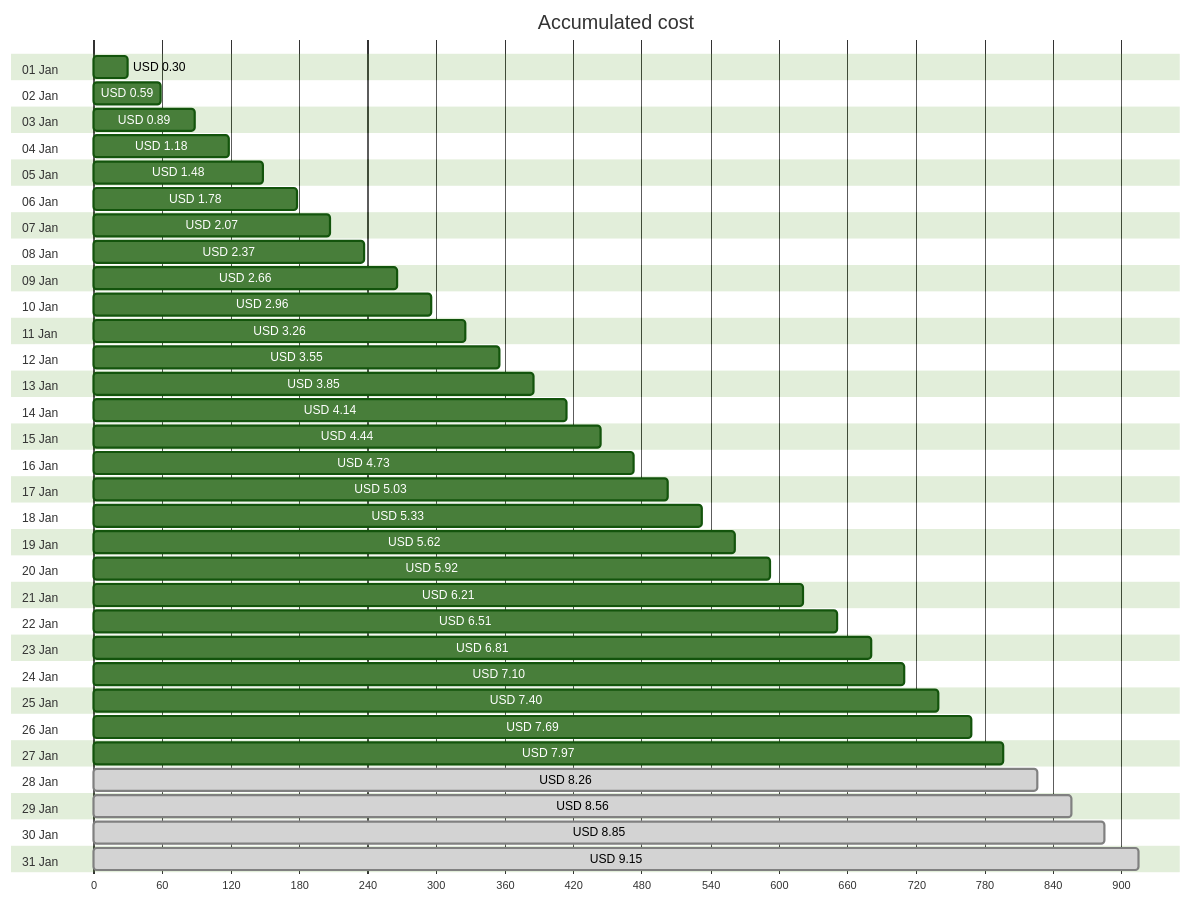
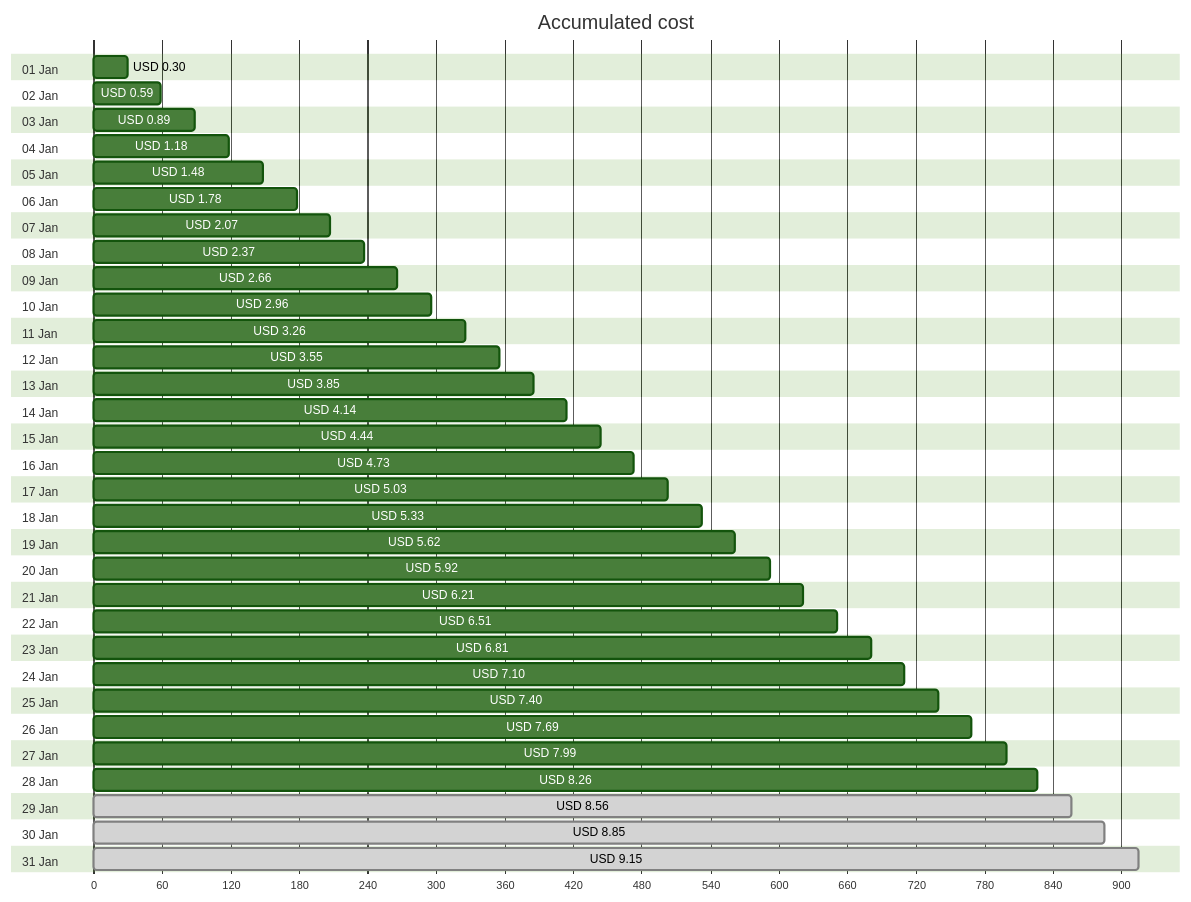
The first of 4 diagrams in cost-reports/personal-site/personal-site-preview.md (jpfulton/azure-personal-reports), drawn with Mermaid (forest theme) before and after one commit. The commit also changed other lines of this file and 6 other files, not shown here.

````diff
--- a/cost-reports/personal-site/personal-site-preview.md
+++ b/cost-reports/personal-site/personal-site-preview.md
@@ -20,68 +20,68 @@
 ```mermaid
 gantt
    title Accumulated cost
    dateFormat  X
    axisFormat %s
    section 01 Jan
    USD 0.30 :0, 30
    section 02 Jan
    USD 0.59 :0, 59
    section 03 Jan
    USD 0.89 :0, 89
    section 04 Jan
    USD 1.18 :0, 118
    section 05 Jan
    USD 1.48 :0, 148
    section 06 Jan
    USD 1.78 :0, 178
    section 07 Jan
    USD 2.07 :0, 207
    section 08 Jan
    USD 2.37 :0, 237
    section 09 Jan
    USD 2.66 :0, 266
    section 10 Jan
    USD 2.96 :0, 296
    section 11 Jan
    USD 3.26 :0, 326
    section 12 Jan
    USD 3.55 :0, 355
    section 13 Jan
    USD 3.85 :0, 385
    section 14 Jan
    USD 4.14 :0, 414
    section 15 Jan
    USD 4.44 :0, 444
    section 16 Jan
    USD 4.73 :0, 473
    section 17 Jan
    USD 5.03 :0, 503
    section 18 Jan
    USD 5.33 :0, 533
    section 19 Jan
    USD 5.62 :0, 562
    section 20 Jan
    USD 5.92 :0, 592
    section 21 Jan
    USD 6.21 :0, 621
    section 22 Jan
    USD 6.51 :0, 651
    section 23 Jan
    USD 6.81 :0, 681
    section 24 Jan
    USD 7.10 :0, 710
    section 25 Jan
    USD 7.40 :0, 740
    section 26 Jan
    USD 7.69 :0, 769
    section 27 Jan
-   USD 7.97 :0, 797
+   USD 7.99 :0, 799
    section 28 Jan
-   USD 8.26 : done, 0, 826
+   USD 8.26 :0, 826
    section 29 Jan
    USD 8.56 : done, 0, 856
    section 30 Jan
    USD 8.85 : done, 0, 885
    section 31 Jan
    USD 9.15 : done, 0, 915
 ```
````
